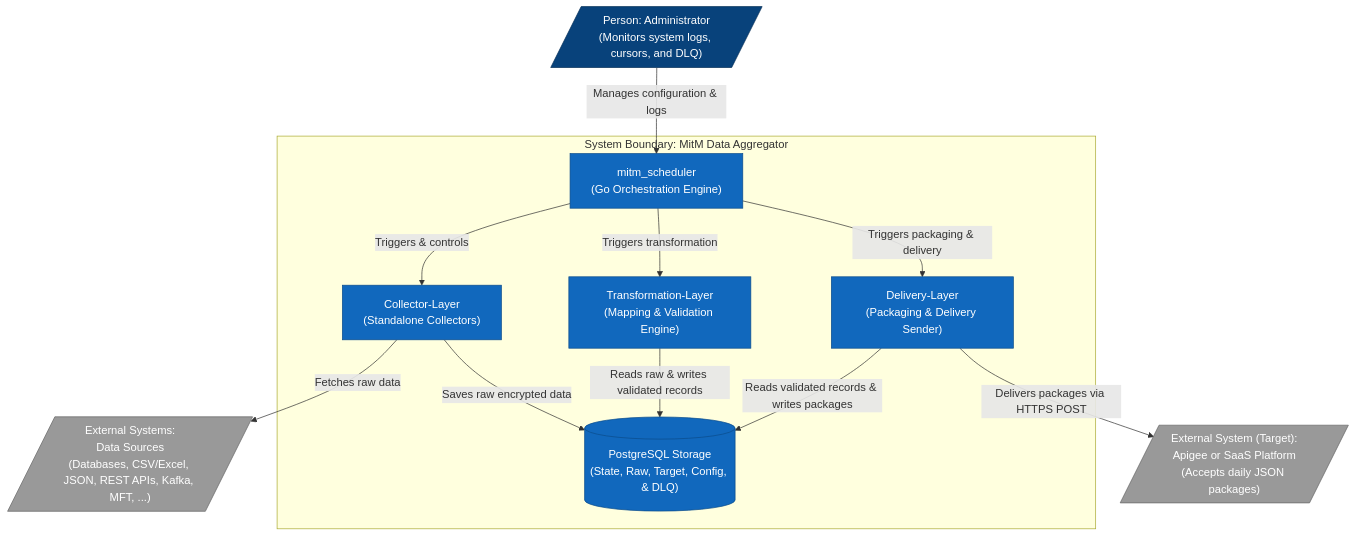
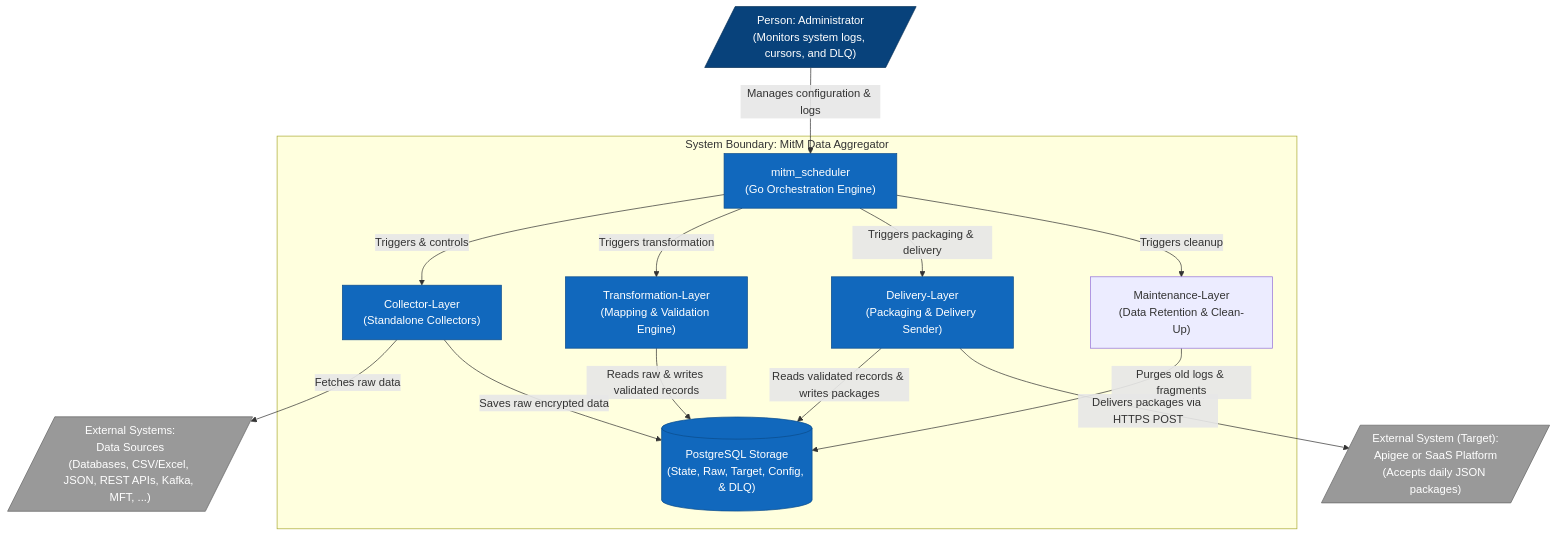
Before and after one commit to Zheng-Bote/mitm-2: the diagram in README.md, drawn with Mermaid. The commit also changed other lines of this file and 7 other files, not shown here.

````diff
--- a/README.md
+++ b/README.md
@@ -77,36 +79,40 @@
 ```mermaid
 flowchart TB
     admin[/"Person: Administrator<br/>(Monitors system logs, cursors, and DLQ)"/]
 
     subgraph system ["System Boundary: MitM Data Aggregator"]
         scheduler["mitm_scheduler<br/>(Go Orchestration Engine)"]
         collector["Collector-Layer<br/>(Standalone Collectors)"]
         transformer["Transformation-Layer<br/>(Mapping & Validation Engine)"]
         delivery["Delivery-Layer<br/>(Packaging & Delivery Sender)"]
+        maintenance["Maintenance-Layer<br/>(Data Retention & Clean-Up)"]
         db[("PostgreSQL Storage<br/>(State, Raw, Target, Config, & DLQ)")]
     end
 
     sources[/"External Systems:<br/>Data Sources<br/>(Databases, CSV/Excel, JSON, REST APIs, Kafka, MFT, ...)"/]
     saas[/"External System (Target):<br/>Apigee or SaaS Platform<br/>(Accepts daily JSON packages)"/]
 
     admin -->|Manages configuration & logs| scheduler
     scheduler -->|Triggers & controls| collector
     scheduler -->|Triggers transformation| transformer
     scheduler -->|Triggers packaging & delivery| delivery
+    scheduler -->|Triggers cleanup| maintenance
 
     collector -->|Fetches raw data| sources
     collector -->|Saves raw encrypted data| db
 
     transformer -->|Reads raw & writes validated records| db
 
     delivery -->|Reads validated records & writes packages| db
     delivery -->|Delivers packages via HTTPS POST| saas
 
+    maintenance -->|Purges old logs & fragments| db
+
     classDef system fill:#1168bd,stroke:#0b4c8c,color:#fff;
     classDef external fill:#999999,stroke:#666666,color:#fff;
     classDef actor fill:#08427b,stroke:#052e56,color:#fff;
 
     class scheduler,collector,transformer,delivery,db system;
     class sources,saas external;
     class admin actor;
 ```
````
